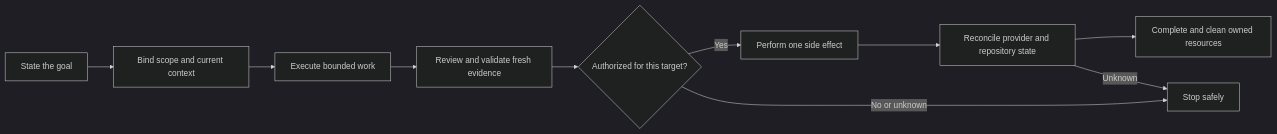
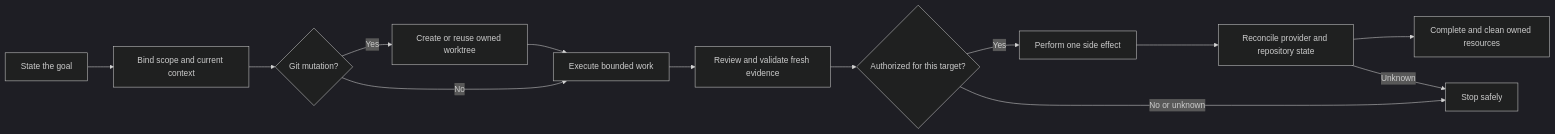
The diagram in README.md (stephen-taipei/better-workflows), drawn with Mermaid (dark theme) before and after one commit. The commit also changed other lines of this file and 31 other files, not shown here.

````diff
--- a/README.md
+++ b/README.md
@@ -140,12 +191,15 @@
 ```mermaid
 flowchart LR
   A["State the goal"] --> B["Bind scope and current context"]
-  B --> C["Execute bounded work"]
+  B --> W{"Git mutation?"}
+  W -- "Yes" --> X["Create or reuse owned worktree"]
+  W -- "No" --> C["Execute bounded work"]
+  X --> C
   C --> D["Review and validate fresh evidence"]
   D --> E{"Authorized for this target?"}
   E -- "Yes" --> F["Perform one side effect"]
   F --> G["Reconcile provider and repository state"]
   G --> H["Complete and clean owned resources"]
   E -- "No or unknown" --> I["Stop safely"]
   G -- "Unknown" --> I
 ```
````
